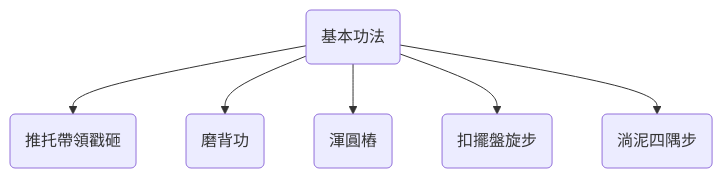
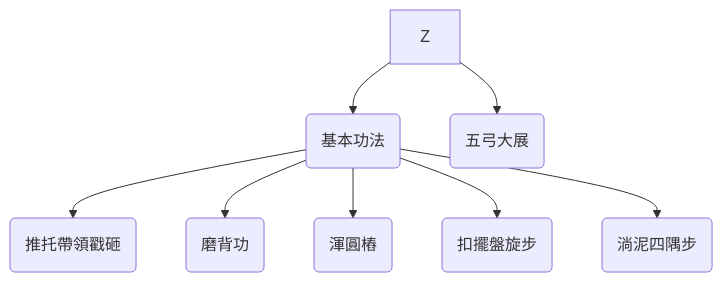
The third of 3 diagrams in chap04/README.md (hfyeh/taiji), drawn with Mermaid before and after one commit.

````diff
--- a/chap04/README.md
+++ b/chap04/README.md
@@ -25,8 +25,10 @@
 ```mermaid
 graph TD;
-    A(基本功法)-->B(推托帶領戳砸);
-    A(基本功法)-->C(磨背功);
-    A(基本功法)-->D(渾圓樁);
-    A(基本功法)-->E(扣擺盤旋步);
-    A(基本功法)-->F(淌泥四隅步);
+    Z-->A(基本功法);
+    A-->B(推托帶領戳砸);
+    A-->C(磨背功);
+    A-->D(渾圓樁);
+    A-->E(扣擺盤旋步);
+    A-->F(淌泥四隅步);
+    Z-->G(五弓大展);
 ```
````
